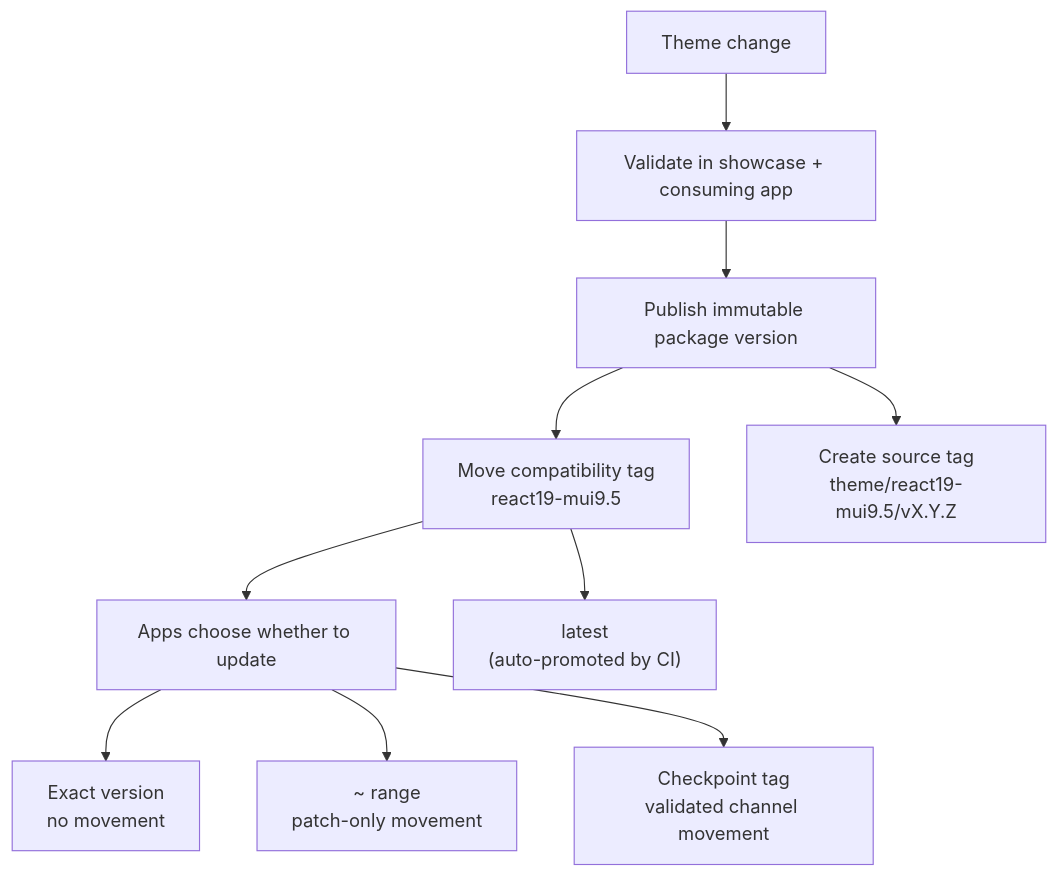
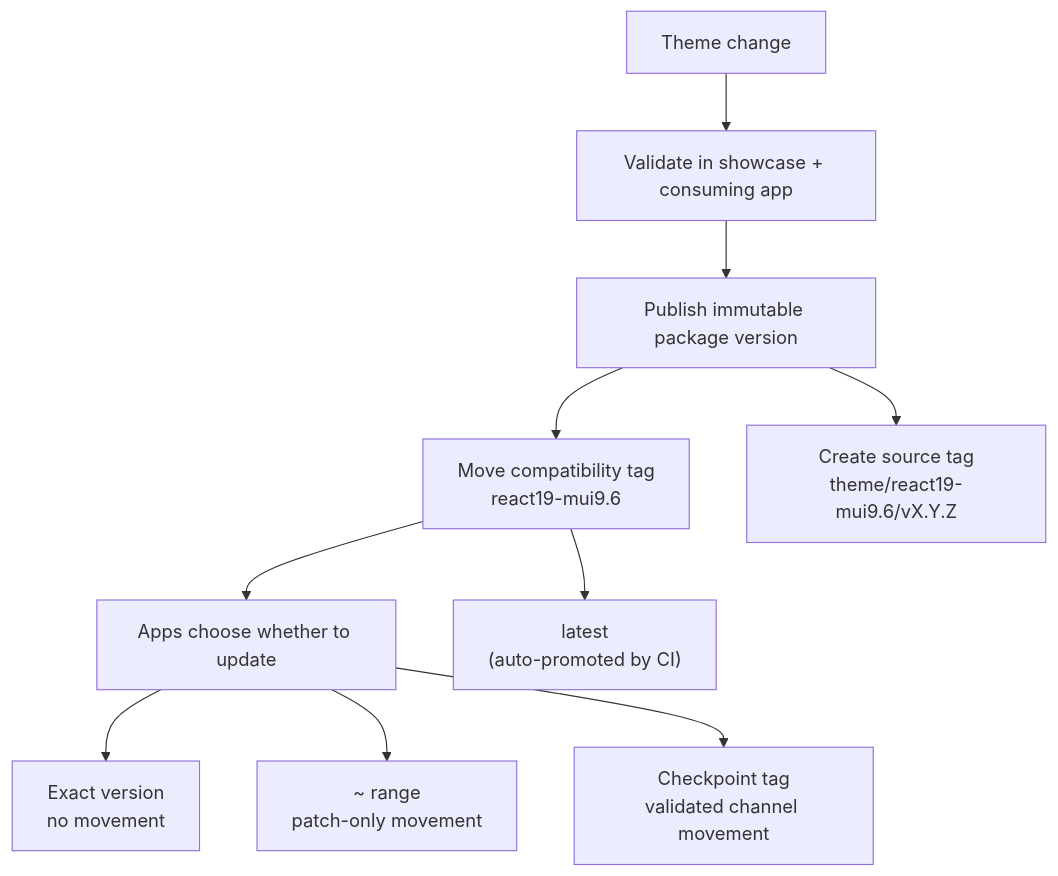
The first of 2 diagrams in docs/VERSIONING.md (inRiver/inflow-react), drawn with Mermaid before and after one commit. The commit also changed other lines of this file and 19 other files, not shown here.

````diff
--- a/docs/VERSIONING.md
+++ b/docs/VERSIONING.md
@@ -10,12 +10,12 @@
 ```mermaid
 flowchart TB
   Change["Theme change"] --> Validate["Validate in showcase + consuming app"]
   Validate --> Version["Publish immutable package version"]
-  Version --> Checkpoint["Move compatibility tag\nreact19-mui9.5"]
-  Version --> SourceTag["Create source tag\ntheme/react19-mui9.5/vX.Y.Z"]
+  Version --> Checkpoint["Move compatibility tag\nreact19-mui9.6"]
+  Version --> SourceTag["Create source tag\ntheme/react19-mui9.6/vX.Y.Z"]
   Checkpoint --> Apps["Apps choose whether to update"]
   Apps --> Freeze["Exact version\nno movement"]
   Apps --> Patch["~ range\npatch-only movement"]
   Apps --> Channel["Checkpoint tag\nvalidated channel movement"]
   Checkpoint --> Latest["latest\n(auto-promoted by CI)"]
 ```
````
